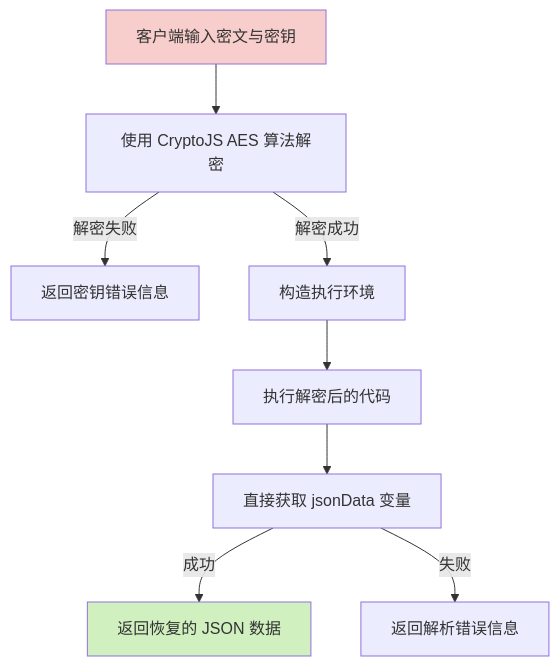
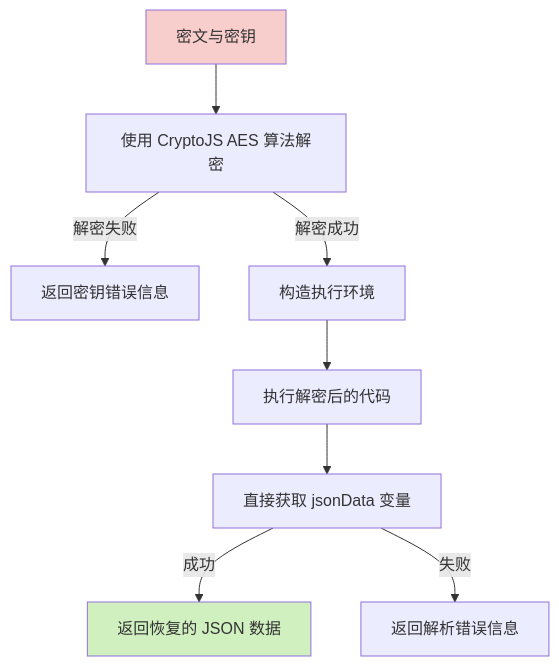
Before and after one commit to yingjianzh/iodraw-files: the diagram in all/未命名-42.md, drawn with Mermaid.

Commit message:
2025-04-24 17:56:36 update

````diff
--- a/all/未命名-42.md
+++ b/all/未命名-42.md
@@ -1,13 +1,13 @@
 ```mermaid
 flowchart TD
-    A[客户端输入密文与密钥] --> B[使用 CryptoJS AES 算法解密]
+    A[密文与密钥] --> B[使用 CryptoJS AES 算法解密]
     B -->|解密失败| C[返回密钥错误信息]
     B -->|解密成功| D[构造执行环境]
     D --> E[执行解密后的代码]
     E --> F[直接获取 jsonData 变量]
     F -->|成功| G[返回恢复的 JSON 数据]
     F -->|失败| H[返回解析错误信息]
     
     style A fill:#f8cecc
     style G fill:#d0f0c0
 ```
````
